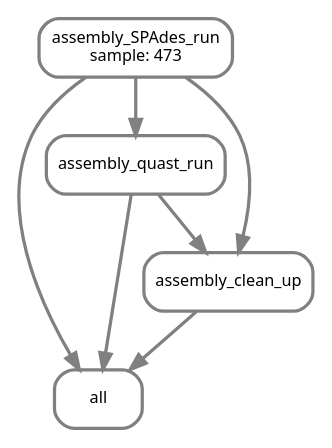
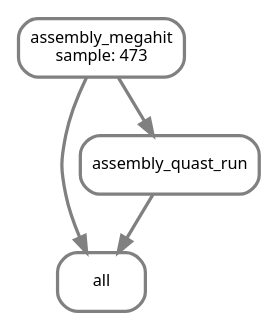
One commit to vdblab/vdblab-shotgun changed the diagram in images/assembly_dag.dot. Above: the diagram before and after it, drawn with Graphviz. The commit also changed 11 other files, not shown here.

```diff
--- a/images/assembly_dag.dot
+++ b/images/assembly_dag.dot
@@ -1,15 +1,11 @@
 digraph snakemake_dag {
     graph[bgcolor=white, margin=0];
     node[shape=box, style=rounded, fontname=sans,                 fontsize=10, penwidth=2];
     edge[penwidth=2, color=grey];
 	0[label = "all", color = "grey", style="rounded"];
-	1[label = "assembly_SPAdes_run\nsample: 473", color = "grey", style="rounded"];
-	2[label = "assembly_quast_run", color = "grey", style="rounded"];
-	3[label = "assembly_clean_up", color = "grey", style="rounded"];
+	1[label = "assembly_quast_run", color = "grey", style="rounded"];
+	2[label = "assembly_megahit\nsample: 473", color = "grey", style="rounded"];
 	1 -> 0
 	2 -> 0
-	3 -> 0
-	1 -> 2
-	2 -> 3
-	1 -> 3
+	2 -> 1
 }            
```
